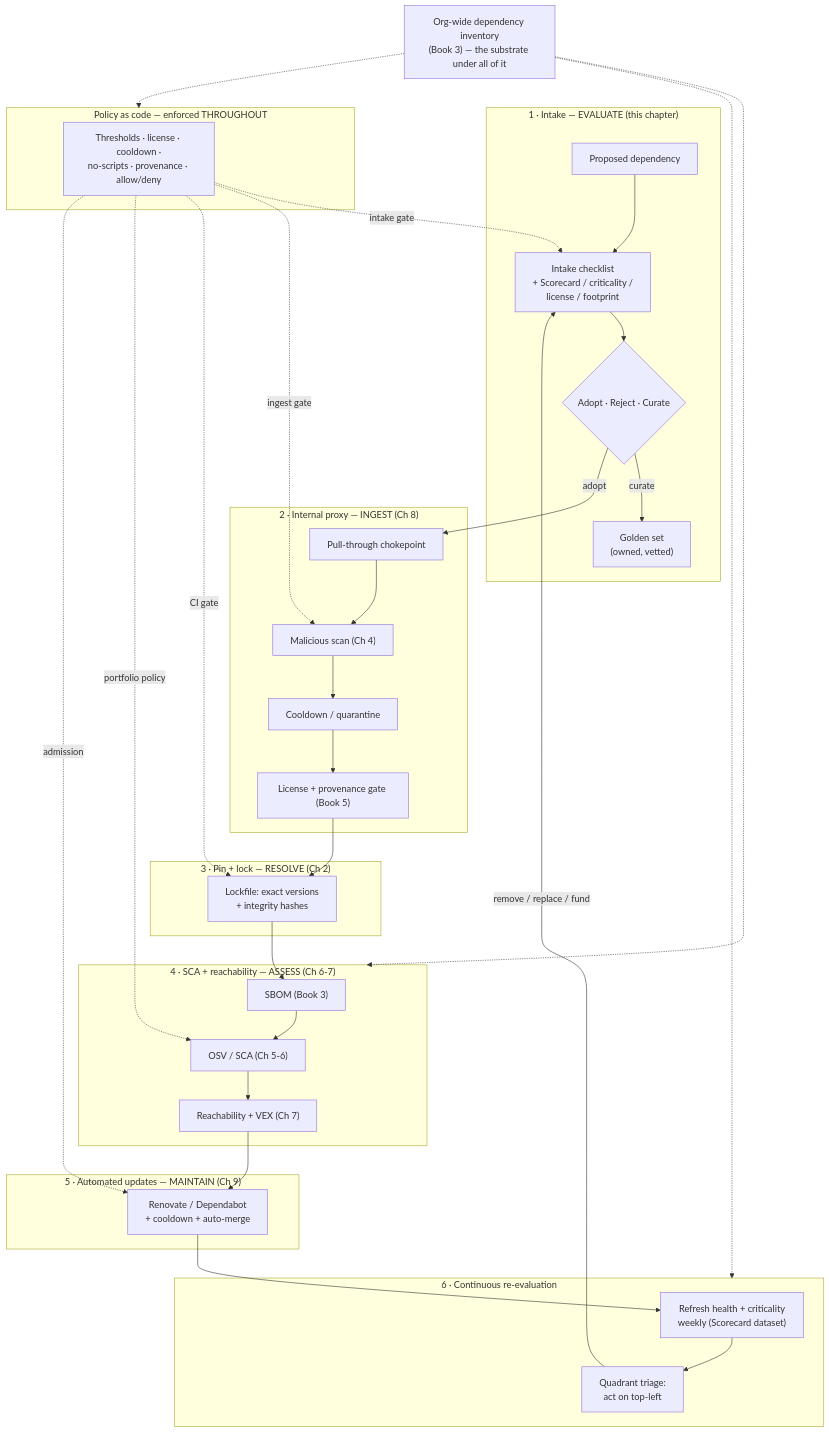
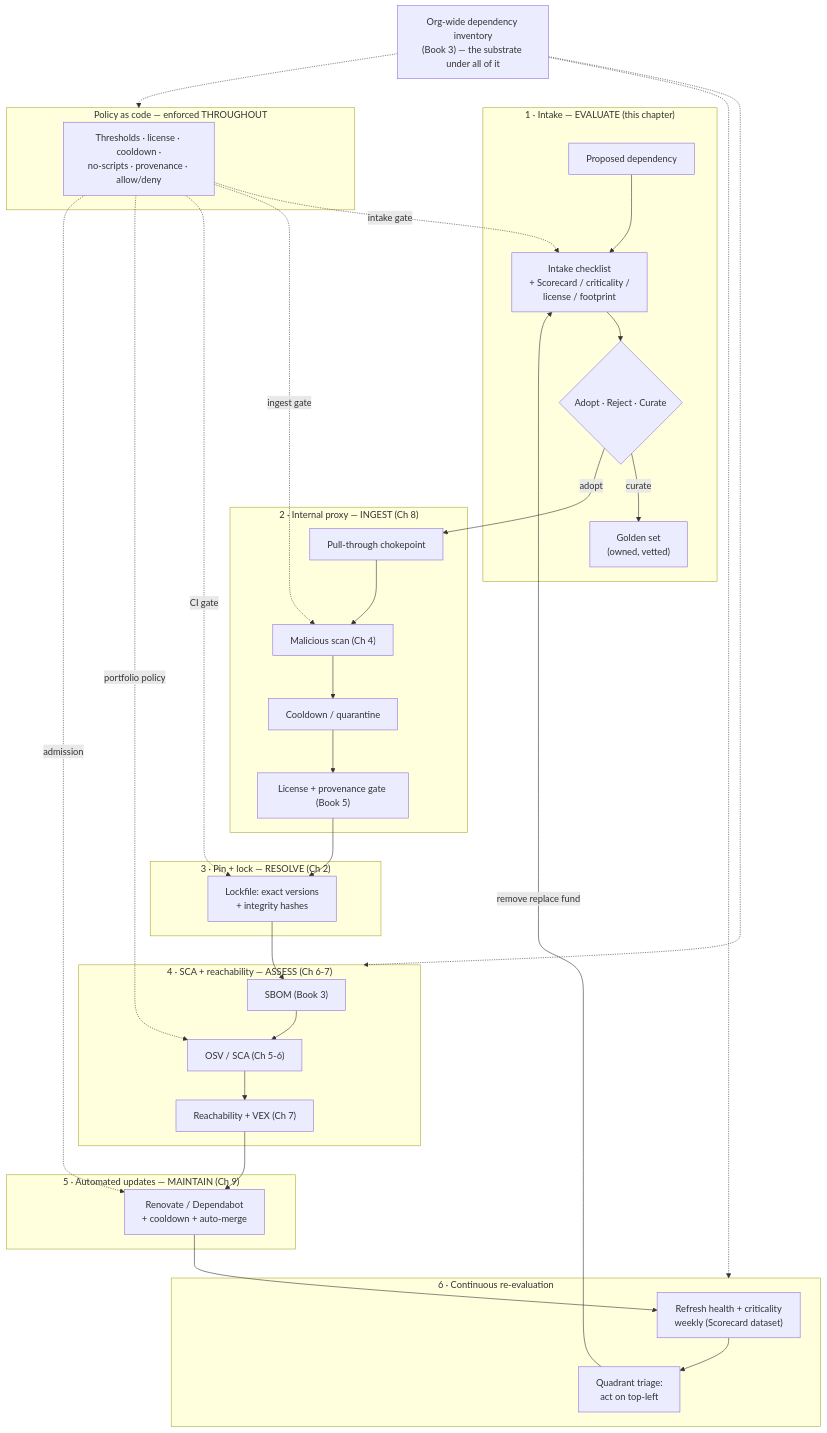
The fourth of 6 diagrams in book-02-dependencies/ch10-evaluating-dependencies.md (bumbsclaw/textbooks), drawn with Mermaid before and after one commit. The commit also changed other lines of this file and 173 other files, not shown here.

First line of the commit message:
fix(mermaid): close note brackets, semicolons in Notes, stateDiagram br -> dash, edge parens

````diff
--- a/book-02-dependencies/ch10-evaluating-dependencies.md
+++ b/book-02-dependencies/ch10-evaluating-dependencies.md
@@ -576,48 +576,48 @@
 ```mermaid
 flowchart TB
   subgraph Intake["1 · Intake — EVALUATE (this chapter)"]
     I1["Proposed dependency"] --> I2["Intake checklist<br/>+ Scorecard / criticality /<br/>license / footprint"]
     I2 --> I3{"Adopt · Reject · Curate"}
     I3 -->|"curate"| I4["Golden set<br/>(owned, vetted)"]
   end
   subgraph Proxy["2 · Internal proxy — INGEST (Ch 8)"]
     P1["Pull-through chokepoint"] --> P2["Malicious scan (Ch 4)"]
     P2 --> P3["Cooldown / quarantine"]
     P3 --> P4["License + provenance gate (Book 5)"]
   end
   subgraph Pin["3 · Pin + lock — RESOLVE (Ch 2)"]
     L1["Lockfile: exact versions<br/>+ integrity hashes"]
   end
   subgraph Scan["4 · SCA + reachability — ASSESS (Ch 6-7)"]
     C1["SBOM (Book 3)"] --> C2["OSV / SCA (Ch 5-6)"]
     C2 --> C3["Reachability + VEX (Ch 7)"]
   end
   subgraph Update["5 · Automated updates — MAINTAIN (Ch 9)"]
     U1["Renovate / Dependabot<br/>+ cooldown + auto-merge"]
   end
   subgraph Reeval["6 · Continuous re-evaluation"]
     R1["Refresh health + criticality<br/>weekly (Scorecard dataset)"]
     R2["Quadrant triage:<br/>act on top-left"]
   end
   subgraph Policy["Policy as code — enforced THROUGHOUT"]
     G1["Thresholds · license · cooldown ·<br/>no-scripts · provenance · allow/deny"]
   end
 
   I3 -->|"adopt"| P1
   P4 --> L1
   L1 --> C1
   C3 --> U1
   U1 --> R1
   R1 --> R2
-  R2 -->|"remove / replace / fund"| I2
+  R2 -->|"remove replace fund"| I2
   G1 -.->|"intake gate"| I2
   G1 -.->|"ingest gate"| P2
   G1 -.->|"CI gate"| L1
   G1 -.->|"portfolio policy"| C2
   G1 -.->|"admission"| U1
 
   Inv["Org-wide dependency inventory<br/>(Book 3) — the substrate under all of it"]
   Inv -.-> Scan
   Inv -.-> Reeval
   Inv -.-> Policy
 ```
````
